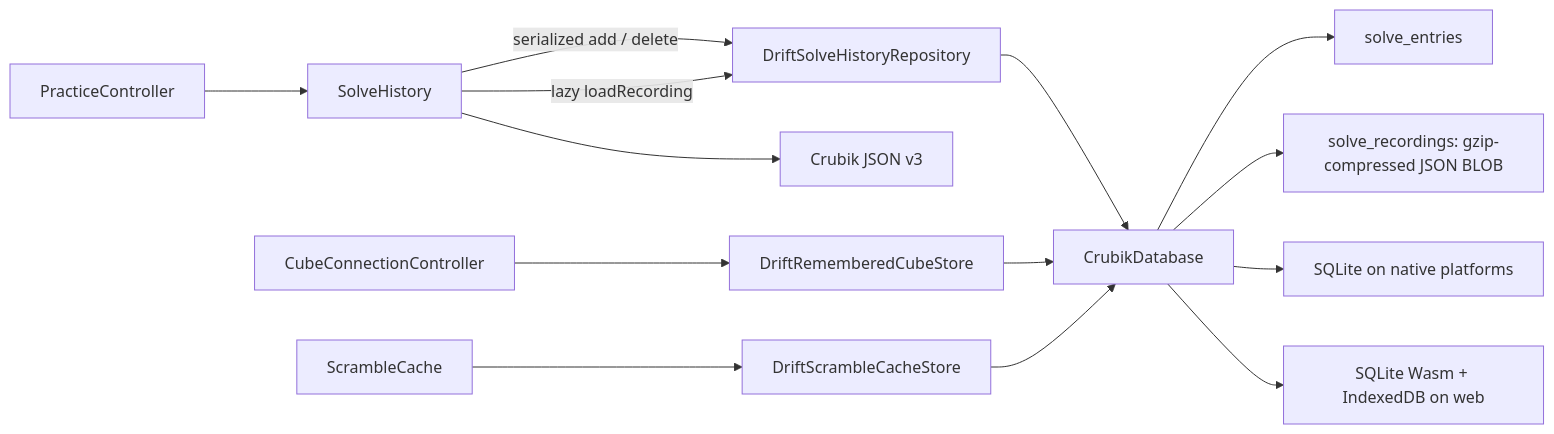
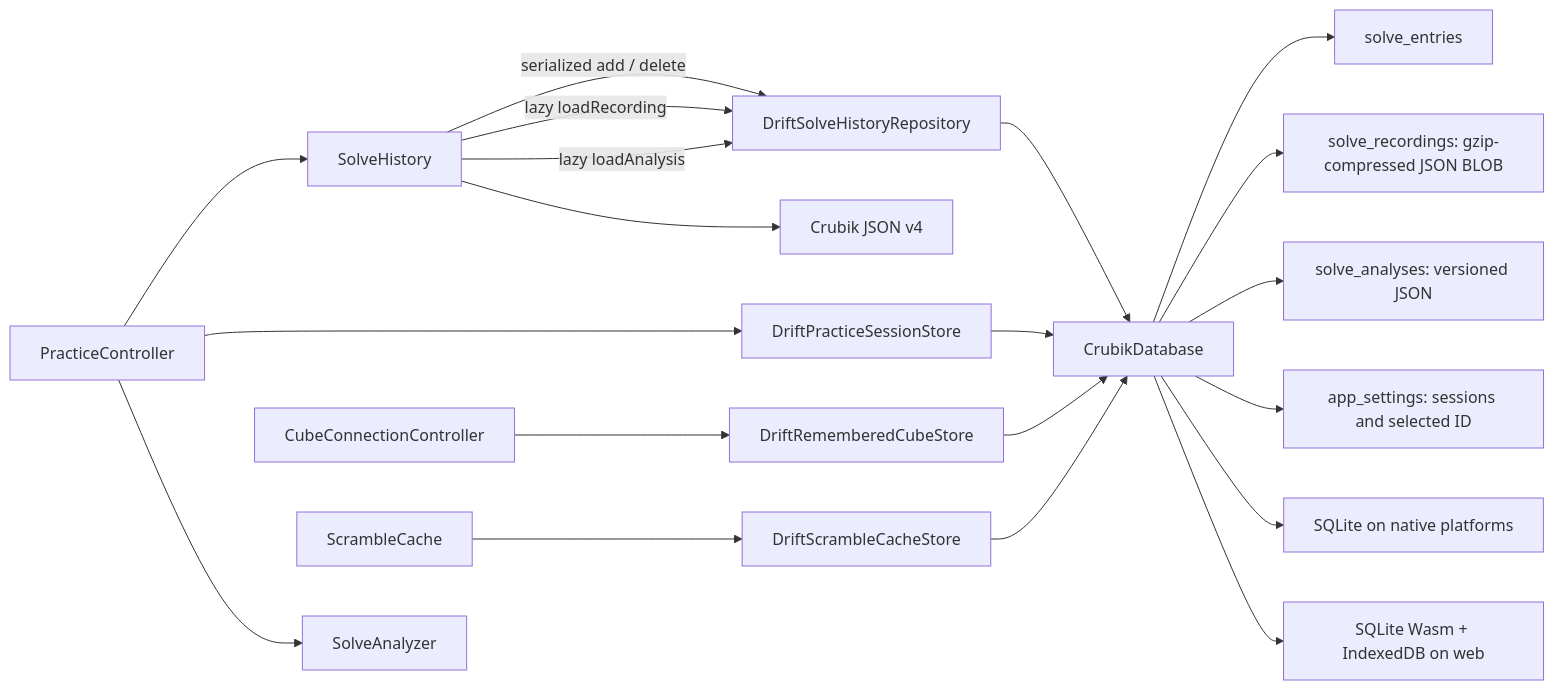
One commit to Hyponauts/Crubik changed the fourth of 4 diagrams in docs/architecture.md. Above: the diagram before and after it, drawn with Mermaid. The commit also changed other lines of this file and 24 other files, not shown here.

Commit message:
Add initial session solve analysis

````diff
--- a/docs/architecture.md
+++ b/docs/architecture.md
@@ -261,16 +275,22 @@
 ```mermaid
 flowchart LR
     Practice["PracticeController"] --> History["SolveHistory"]
+    Practice --> SessionStore["DriftPracticeSessionStore"]
+    Practice --> Analyzer["SolveAnalyzer"]
     History -->|serialized add / delete| SolveRepo["DriftSolveHistoryRepository"]
     Connection["CubeConnectionController"] --> Remembered["DriftRememberedCubeStore"]
     Cache["ScrambleCache"] --> ScrambleStore["DriftScrambleCacheStore"]
     SolveRepo --> DB["CrubikDatabase"]
+    SessionStore --> DB
     Remembered --> DB
     DB --> Summaries["solve_entries"]
     DB --> Recordings["solve_recordings: gzip-compressed JSON BLOB"]
+    DB --> Analyses["solve_analyses: versioned JSON"]
+    DB --> Settings["app_settings: sessions and selected ID"]
     ScrambleStore --> DB
     DB --> Native["SQLite on native platforms"]
     DB --> Web["SQLite Wasm + IndexedDB on web"]
     History -->|lazy loadRecording| SolveRepo
-    History --> Export["Crubik JSON v3"]
+    History -->|lazy loadAnalysis| SolveRepo
+    History --> Export["Crubik JSON v4"]
 ```
````
